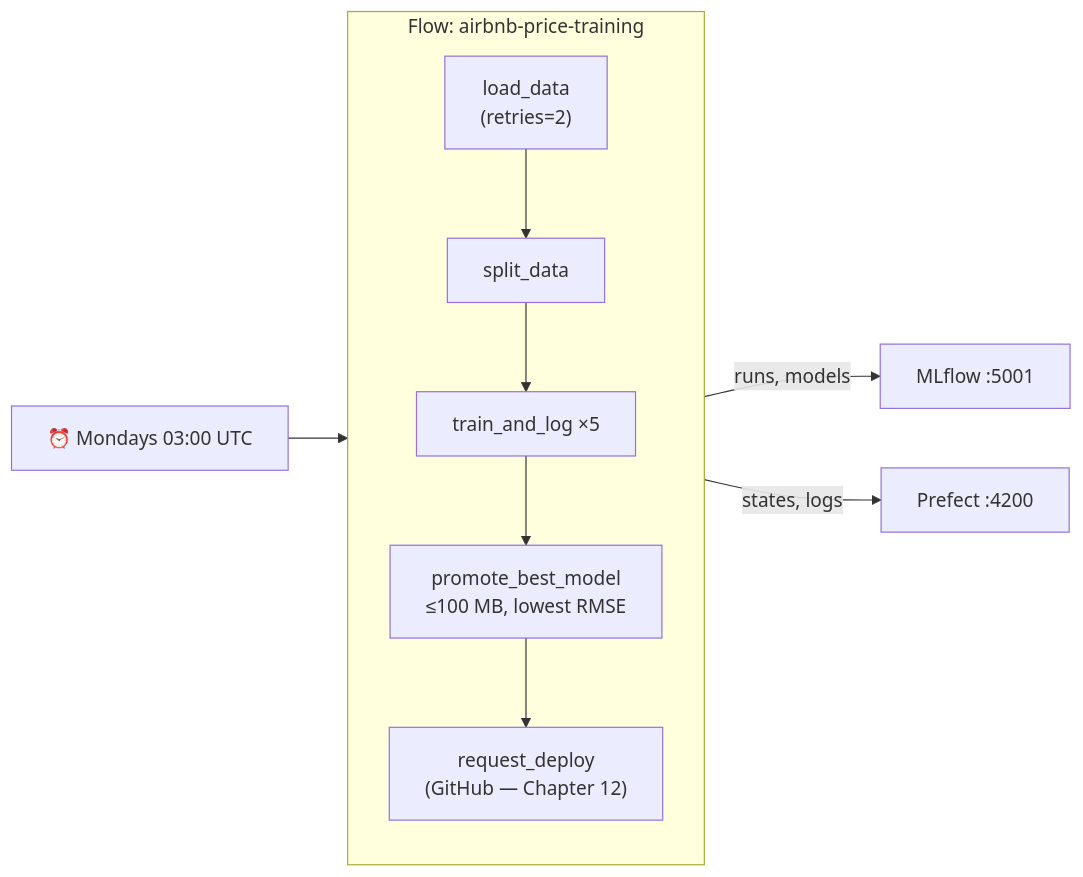
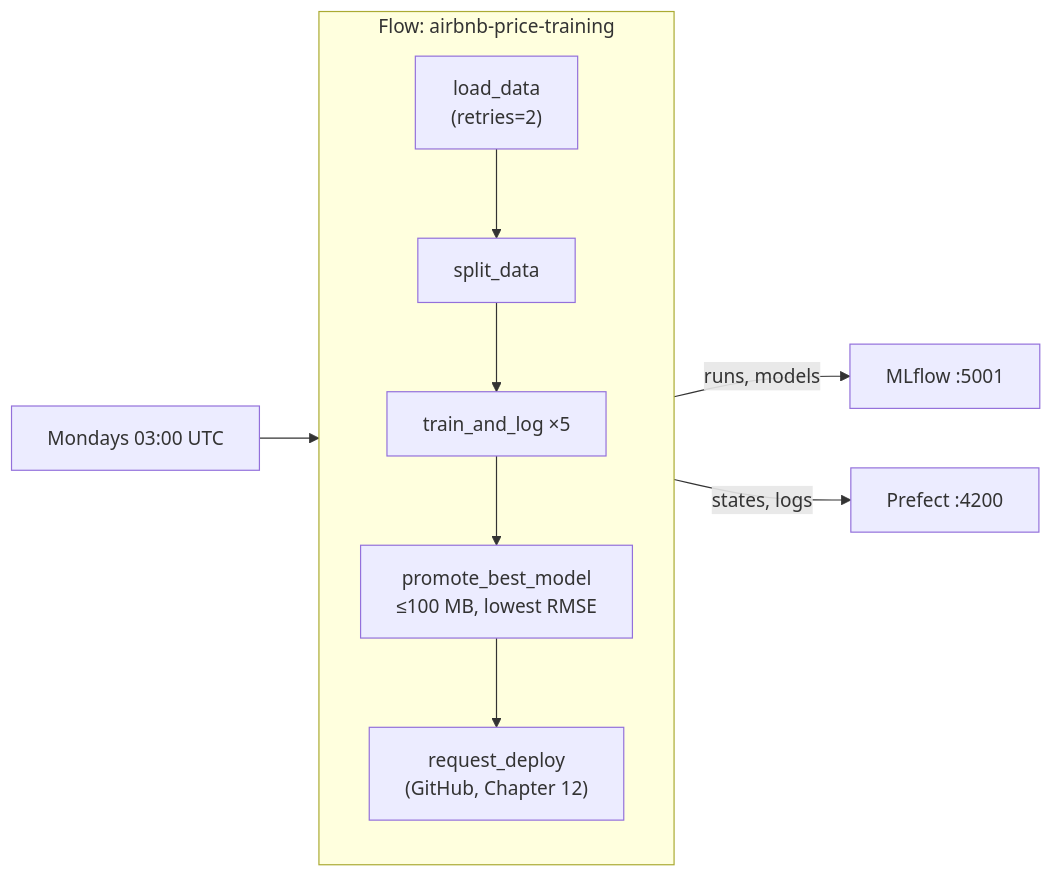
Before and after one commit to shikharkumar13/-NYC-Airbnb-Price-Prediction-MLOps: the second of 2 diagrams in docs/guide/05_packaging.md, drawn with Mermaid. The commit also changed other lines of this file and 15 other files, not shown here.

````diff
--- a/docs/guide/05_packaging.md
+++ b/docs/guide/05_packaging.md
@@ -215,12 +220,12 @@
 ```mermaid
 flowchart LR
     subgraph flow ["Flow: airbnb-price-training"]
         L["load_data\n(retries=2)"] --> S["split_data"]
         S --> T["train_and_log ×5"]
         T --> P["promote_best_model\n≤100 MB, lowest RMSE"]
-        P --> D["request_deploy\n(GitHub — Chapter 12)"]
+        P --> D["request_deploy\n(GitHub, Chapter 12)"]
     end
-    SCH["⏰ Mondays 03:00 UTC"] --> flow
+    SCH["Mondays 03:00 UTC"] --> flow
     flow -- "runs, models" --> MLF["MLflow :5001"]
     flow -- "states, logs" --> PF["Prefect :4200"]
 ```
````
